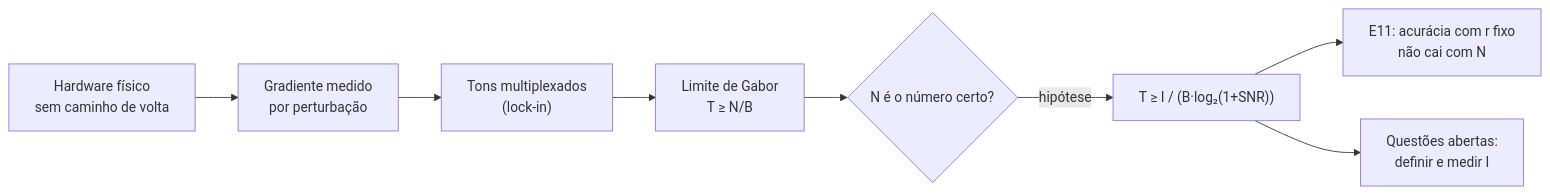
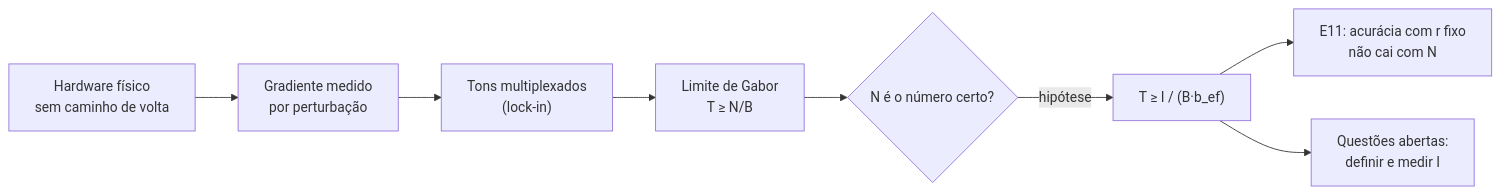
The first of 2 diagrams in README.md (matheuscbs/quantcomput), drawn with Mermaid before and after one commit. The commit also changed other lines of this file and 30 other files, not shown here.

````diff
--- a/README.md
+++ b/README.md
@@ -21,10 +21,10 @@
 ```mermaid
 flowchart LR
     A["Hardware físico<br/>sem caminho de volta"] --> B["Gradiente medido<br/>por perturbação"]
     B --> C["Tons multiplexados<br/>(lock-in)"]
     C --> D["Limite de Gabor<br/>T ≥ N/B"]
     D --> E{"N é o número certo?"}
-    E -- "hipótese" --> F["T ≥ I / (B·log₂(1+SNR))"]
+    E -- "hipótese" --> F["T ≥ I / (B·b_ef)"]
     F --> G["E11: acurácia com r fixo<br/>não cai com N"]
     F --> H["Questões abertas:<br/>definir e medir I"]
 ```
````
